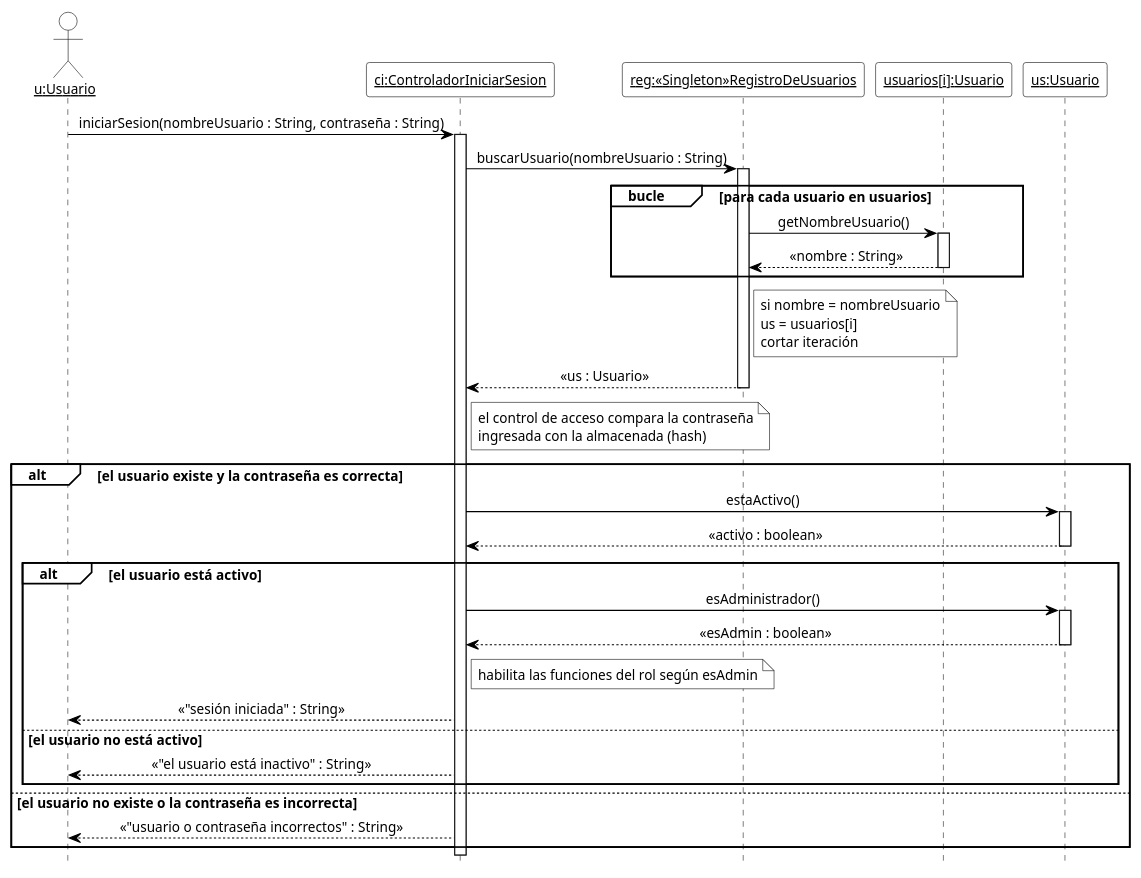
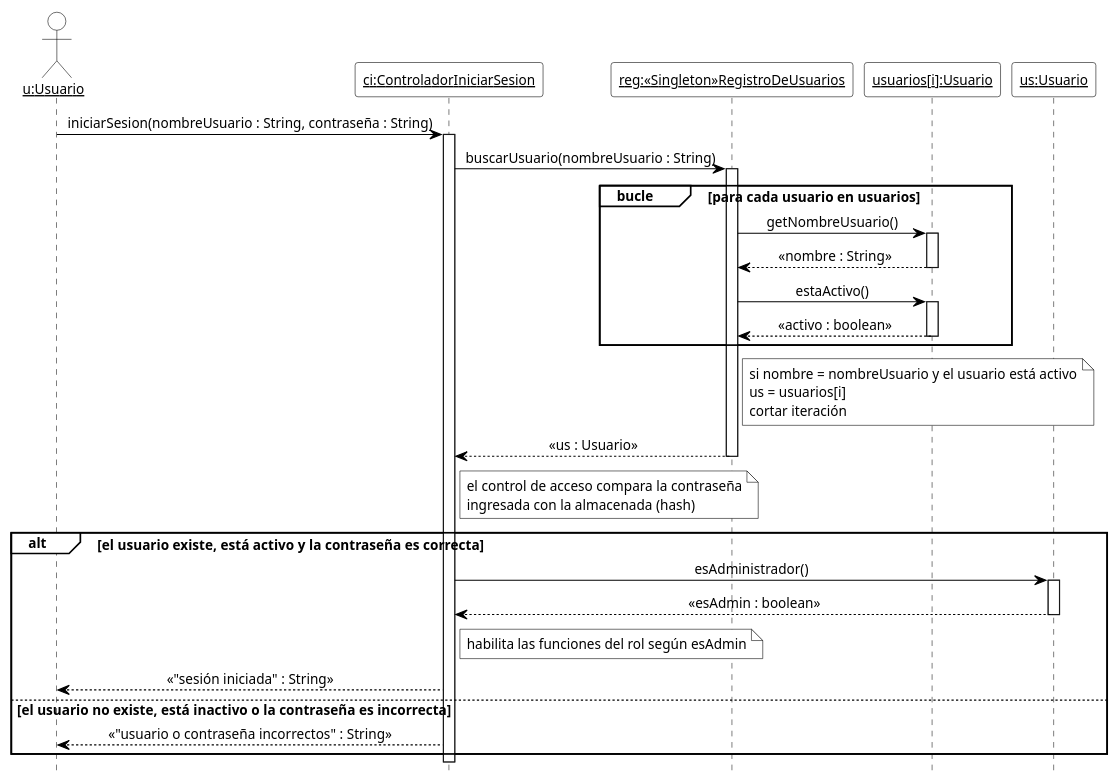
Before and after one commit to cirotop/Stock-Project: the first of 18 diagrams in 08-Diagrama De Secuencia/Diagramas_de_Secuencia.md, drawn with PlantUML. The commit also changed other lines of this file and 8 other files, not shown here.

````diff
--- a/08-Diagrama De Secuencia/Diagramas_de_Secuencia.md
+++ b/08-Diagrama De Secuencia/Diagramas_de_Secuencia.md
@@ -24,61 +24,57 @@
 ```plantuml
 @startuml DSD_CU-01_iniciarSesion
 ' Diagrama de Secuencia de Diseño (DSD) - CU-01 Iniciar sesión - iniciarSesion
 ' Estilo de los ejemplos de la teoría (introducirArticulo / crearNuevaVenta).
 hide footbox
 skinparam shadowing false
 skinparam defaultFontName Arial
 skinparam defaultFontSize 12
 skinparam sequenceMessageAlign center
 skinparam ArrowColor black
 skinparam ParticipantBackgroundColor white
 skinparam ParticipantBorderColor black
 skinparam CollectionsBackgroundColor white
 skinparam CollectionsBorderColor black
 skinparam ActorBackgroundColor white
 skinparam ActorBorderColor black
 skinparam LifeLineBorderColor black
 skinparam LifeLineBackgroundColor white
 skinparam SequenceGroupBackgroundColor white
 skinparam SequenceGroupBorderColor black
 skinparam SequenceGroupHeaderFontColor black
 skinparam NoteBackgroundColor white
 skinparam NoteBorderColor black
 
 actor "<u>u:Usuario</u>" as u
 participant "<u>ci:ControladorIniciarSesion</u>" as ci
 participant "<u>reg:«Singleton»RegistroDeUsuarios</u>" as reg
 participant "<u>usuarios[i]:Usuario</u>" as ui
 participant "<u>us:Usuario</u>" as us
 
 u -> ci ++ : iniciarSesion(nombreUsuario : String, contraseña : String)
 ci -> reg ++ : buscarUsuario(nombreUsuario : String)
 group bucle [para cada usuario en usuarios]
   reg -> ui ++ : getNombreUsuario()
   ui --> reg -- : «nombre : String»
+  reg -> ui ++ : estaActivo()
+  ui --> reg -- : «activo : boolean»
 end
 note right of reg
-  si nombre = nombreUsuario
+  si nombre = nombreUsuario y el usuario está activo
   us = usuarios[i]
   cortar iteración
 end note
 reg --> ci -- : «us : Usuario»
 note right of ci : el control de acceso compara la contraseña\ningresada con la almacenada (hash)
-alt el usuario existe y la contraseña es correcta
-  ci -> us ++ : estaActivo()
-  us --> ci -- : «activo : boolean»
-  alt el usuario está activo
-    ci -> us ++ : esAdministrador()
-    us --> ci -- : «esAdmin : boolean»
-    note right of ci : habilita las funciones del rol según esAdmin
-    ci --> u : «"sesión iniciada" : String»
-  else el usuario no está activo
-    ci --> u : «"el usuario está inactivo" : String»
-  end
-else el usuario no existe o la contraseña es incorrecta
+alt el usuario existe, está activo y la contraseña es correcta
+  ci -> us ++ : esAdministrador()
+  us --> ci -- : «esAdmin : boolean»
+  note right of ci : habilita las funciones del rol según esAdmin
+  ci --> u : «"sesión iniciada" : String»
+else el usuario no existe, está inactivo o la contraseña es incorrecta
   ci --> u : «"usuario o contraseña incorrectos" : String»
 end
 deactivate ci
 
 @enduml
 ```
````
